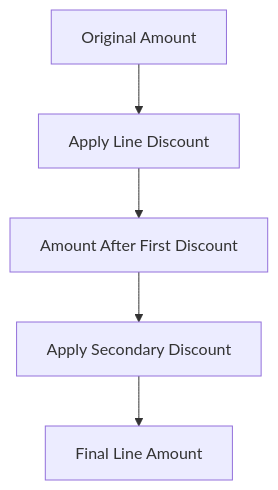
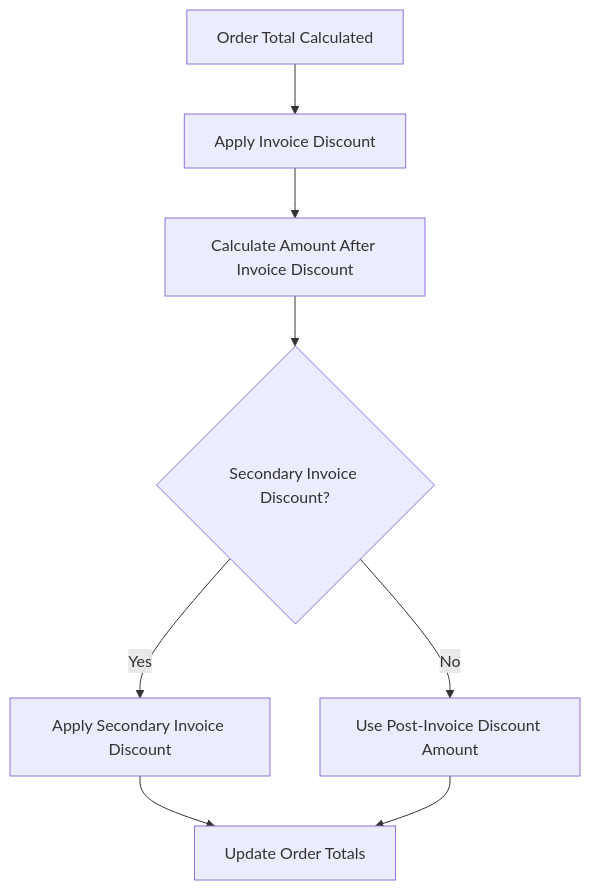
One commit to Goldenvikingsunset/double-Discount changed the second of 2 diagrams in README.md. Above: the diagram before and after it, drawn with Mermaid. The commit also changed other lines of this file, not shown here.

````diff
--- a/README.md
+++ b/README.md
@@ -27,7 +39,10 @@
 ```mermaid
 flowchart TD
-    A[Original Amount] --> B[Apply Line Discount]
-    B --> C[Amount After First Discount]
-    C --> D[Apply Secondary Discount]
-    D --> E[Final Line Amount]
+    A[Order Total Calculated] --> B[Apply Invoice Discount]
+    B --> C[Calculate Amount After Invoice Discount]
+    C --> D{Secondary Invoice Discount?}
+    D -->|Yes| E[Apply Secondary Invoice Discount]
+    D -->|No| F[Use Post-Invoice Discount Amount]
+    E --> G[Update Order Totals]
+    F --> G
 ```
````
